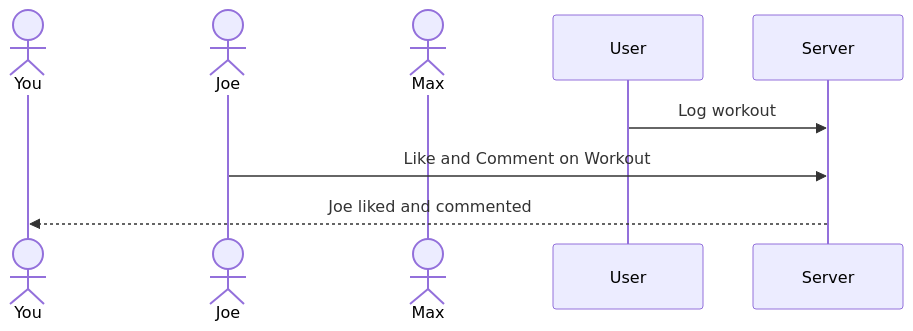
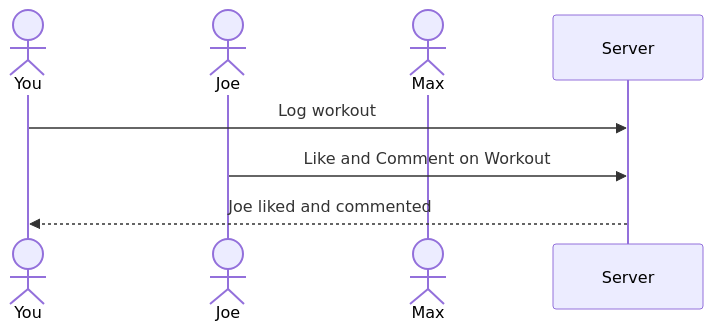
The diagram in README.md (jenbensen17/startup), drawn with Mermaid before and after one commit.

````diff
--- a/README.md
+++ b/README.md
@@ -30,9 +30,9 @@
 ```mermaid
 sequenceDiagram
     actor You
     actor Joe
     actor Max
-    User->>Server: Log workout
+    You->>Server: Log workout
     Joe->>Server: Like and Comment on Workout
     Server -->>You: Joe liked and commented
 ```
````
